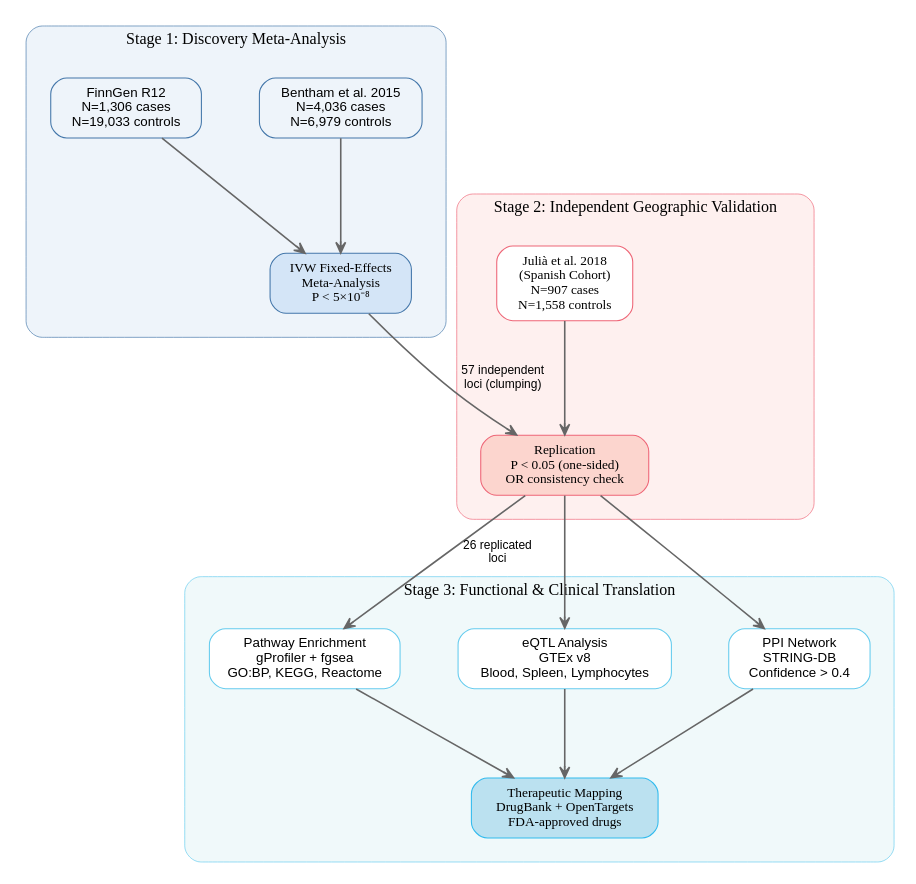
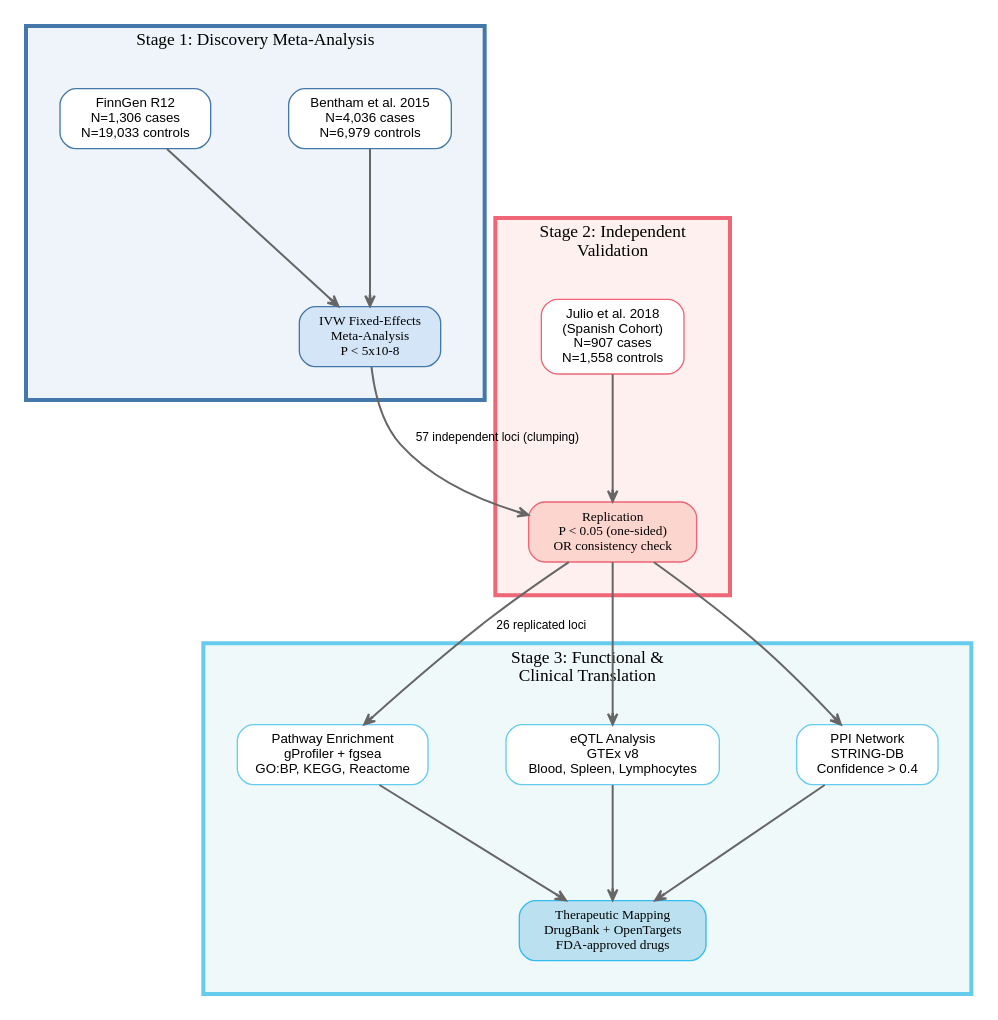
The diagram in figures/project_pipeline.dot (vijayachitrabio/SLE_MetaAnalysis), drawn with Graphviz before and after one commit.

Commit message:
Refactor graph aesthetics and labels in pipeline

```diff
--- a/figures/project_pipeline.dot
+++ b/figures/project_pipeline.dot
@@ -1,60 +1,63 @@
 digraph SLE_Publication_Pipeline {
-    // --- Global Aesthetics (Optimized for Publication) ---
-    graph [rankdir=TB, nodesep=0.6, ranksep=0.9, fontname="Helvetica", 
-           labeljust="c", labelloc="t", compound=true, penwidth=0.5, size="11,9"];
-    node [fontname="Helvetica", fontsize=10, style="filled,rounded", shape=box, margin="0.15,0.08", penwidth=0.8];
-    edge [color="#666666", arrowhead=vee, arrowsize=0.8, penwidth=1.2];
+    // --- Global Aesthetics ---
+    graph [rankdir=TB, nodesep=0.8, ranksep=1.2, fontname="Helvetica", 
+           labeljust="c", labelloc="t", compound=true, size="12,11"];
+    node [fontname="Helvetica", fontsize=10, style="filled,rounded", shape=box, margin="0.15,0.08", penwidth=1];
+    edge [color="#666666", arrowhead=vee, arrowsize=0.8, penwidth=1.5];
 
     // --- Stage 1: Discovery Phase ---
     subgraph cluster_1 {
         label = "Stage 1: Discovery Meta-Analysis";
-        labeljust="c"; labelloc="t"; fontname="Helvetica Bold"; fontsize=12;
-        color="#4477AA"; style="rounded,filled"; fillcolor="#EEF4FA"; margin=18;
+        labeljust="c"; labelloc="t"; fontname="Helvetica Bold"; fontsize=13;
+        color="#4477AA"; style="solid,filled"; fillcolor="#EEF4FA"; margin=25;
+        penwidth=3;
 
         bentham [label="Bentham et al. 2015\nN=4,036 cases\nN=6,979 controls", 
-                 fillcolor="#FFFFFF", color="#4477AA", style="rounded"];
+                 fillcolor="#FFFFFF", color="#4477AA"];
         finngen [label="FinnGen R12\nN=1,306 cases\nN=19,033 controls", 
-                 fillcolor="#FFFFFF", color="#4477AA", style="rounded"];
-        meta [label="IVW Fixed-Effects\nMeta-Analysis\nP < 5×10⁻⁸", 
+                 fillcolor="#FFFFFF", color="#4477AA"];
+        meta [label="IVW Fixed-Effects\nMeta-Analysis\nP < 5x10-8", 
               fillcolor="#D4E5F7", color="#4477AA", fontname="Helvetica Bold"];
         
         bentham -> meta;
         finngen -> meta;
     }
 
     // --- Stage 2: Independent Validation ---
     subgraph cluster_2 {
-        label = "Stage 2: Independent Geographic Validation";
-        labeljust="c"; labelloc="t"; fontname="Helvetica Bold"; fontsize=12;
-        color="#EE6677"; style="rounded,filled"; fillcolor="#FEF0EF"; margin=18;
+        label = "Stage 2: Independent\n Validation";
+        labeljust="c"; labelloc="t"; fontname="Helvetica Bold"; fontsize=13;
+        color="#EE6677"; style="solid,filled"; fillcolor="#FEF0EF"; margin=25;
+        penwidth=3;
 
-        spanish [label="Julià et al. 2018\n(Spanish Cohort)\nN=907 cases\nN=1,558 controls", 
-                 fillcolor="#FFFFFF", color="#EE6677", fontname="Helvetica Bold"];
+        spanish [label="Julio et al. 2018\n(Spanish Cohort)\nN=907 cases\nN=1,558 controls", 
+                 fillcolor="#FFFFFF", color="#EE6677"];
         validation [label="Replication\nP < 0.05 (one-sided)\nOR consistency check", 
-                   fillcolor="#FCD5CE", color="#EE6677", fontname="Helvetica Bold"];
+                    fillcolor="#FCD5CE", color="#EE6677", fontname="Helvetica Bold"];
         
         spanish -> validation;
     }
 
     // --- Stage 3: Functional & Clinical Translation ---
     subgraph cluster_3 {
-        label = "Stage 3: Functional & Clinical Translation";
-        labeljust="c"; labelloc="t"; fontname="Helvetica Bold"; fontsize=12;
-        color="#66CCEE"; style="rounded,filled"; fillcolor="#F0F9FA"; margin=18;
+        label = "Stage 3: Functional & \n Clinical Translation";
+        labeljust="c"; labelloc="t"; fontname="Helvetica Bold"; fontsize=13;
+        color="#66CCEE"; style="solid,filled"; fillcolor="#F0F9FA"; margin=25;
+        penwidth=3;
 
         enrich  [label="Pathway Enrichment\ngProfiler + fgsea\nGO:BP, KEGG, Reactome", fillcolor="#FFFFFF", color="#66CCEE"];
         eqtl    [label="eQTL Analysis\nGTEx v8\nBlood, Spleen, Lymphocytes", fillcolor="#FFFFFF", color="#66CCEE"];
         ppi     [label="PPI Network\nSTRING-DB\nConfidence > 0.4", fillcolor="#FFFFFF", color="#66CCEE"];
         drug    [label="Therapeutic Mapping\nDrugBank + OpenTargets\nFDA-approved drugs", fillcolor="#BBE1F0", color="#33BBEE", fontname="Helvetica Bold"];
     }
 
     // --- Flow Logic ---
-    meta -> validation [label="57 independent\nloci (clumping)", fontname="Helvetica", fontsize=9];
-    validation -> enrich [label="26 replicated\nloci", fontname="Helvetica", fontsize=9];
+    meta -> validation [label="57 independent loci (clumping)", fontname="Helvetica", fontsize=9];
+    validation -> enrich [label="26 replicated loci", fontname="Helvetica", fontsize=9];
     validation -> eqtl;
     validation -> ppi;
 
     enrich  -> drug;
     eqtl    -> drug;
     ppi     -> drug;
 }
```
